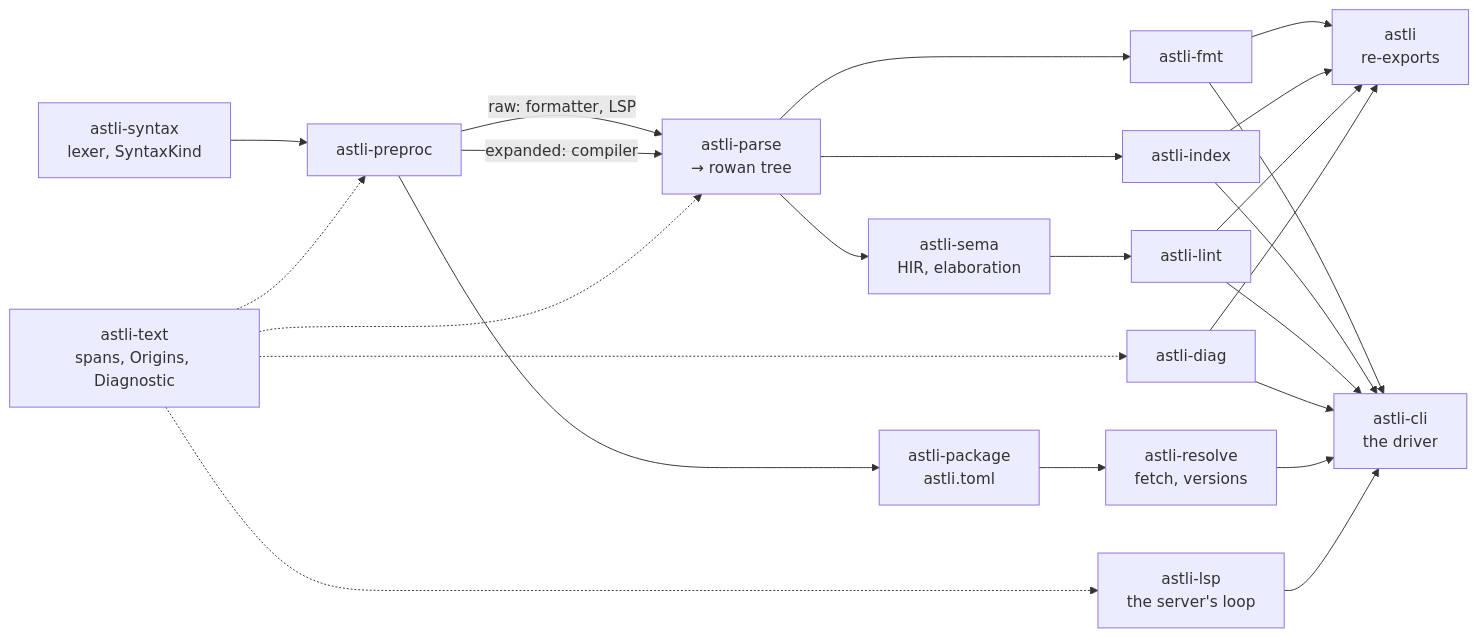
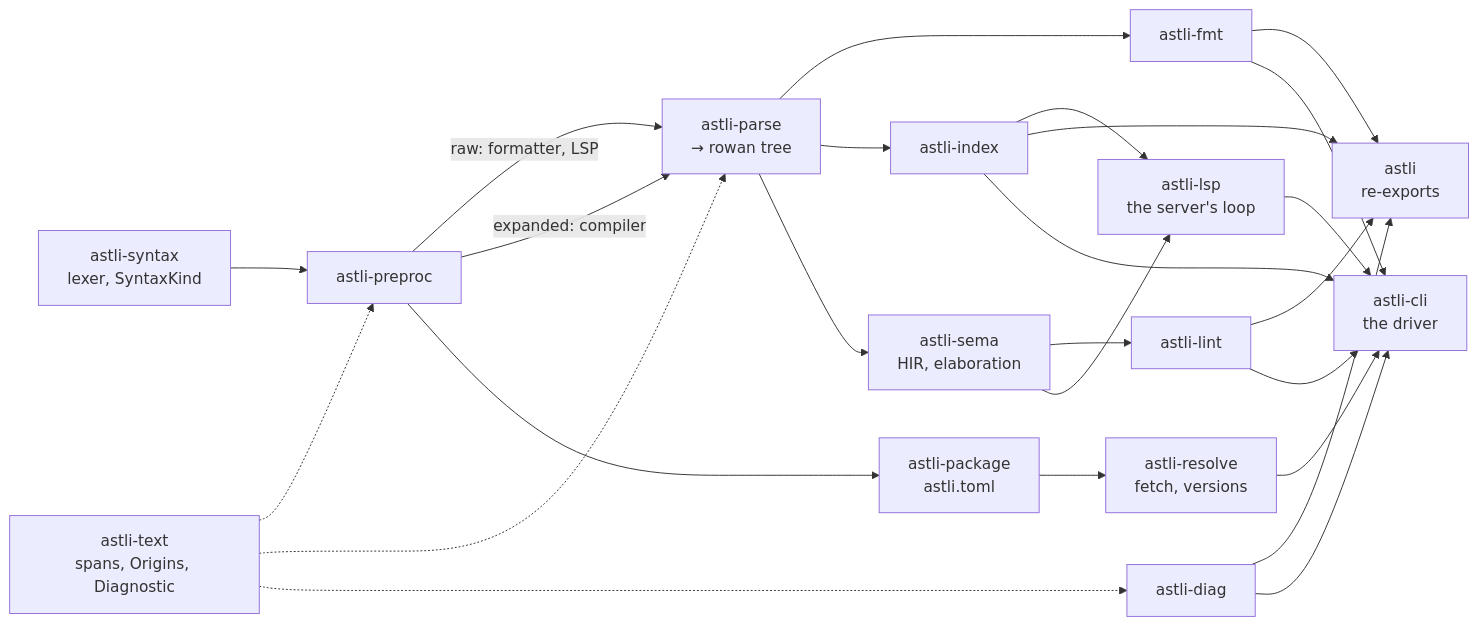
Before and after one commit to fischeti/astli: the diagram in docs/plan.md, drawn with Mermaid. The commit also changed other lines of this file and 2 other files, not shown here.

Commit message:
docs(lsp): where a snapshot ends, how it stays current, and what a rebuild costs

````diff
--- a/docs/plan.md
+++ b/docs/plan.md
@@ -49,16 +49,16 @@
 ```mermaid
 flowchart LR
     syntax["astli-syntax<br>lexer, SyntaxKind"] --> preproc["astli-preproc"]
     preproc -->|raw: formatter, LSP| parse["astli-parse<br>→ rowan tree"]
     preproc -->|expanded: compiler| parse
     parse --> fmt["astli-fmt"]
     parse --> index["astli-index"]
     parse --> sema["astli-sema<br>HIR, elaboration"]
     sema --> lint["astli-lint"]
     preproc --> package["astli-package<br>astli.toml"]
     package --> resolve["astli-resolve<br>fetch, versions"]
-    text -.-> lsp["astli-lsp<br>the server's loop"]
+    index & sema --> lsp["astli-lsp<br>the server's loop"]
     text["astli-text<br>spans, Origins, Diagnostic"] -.-> preproc & parse & diag["astli-diag"]
     fmt & index & lint & diag --> umbrella["astli<br>re-exports"]
     fmt & index & lint & diag & resolve & lsp --> cli["astli-cli<br>the driver"]
 ```
````
